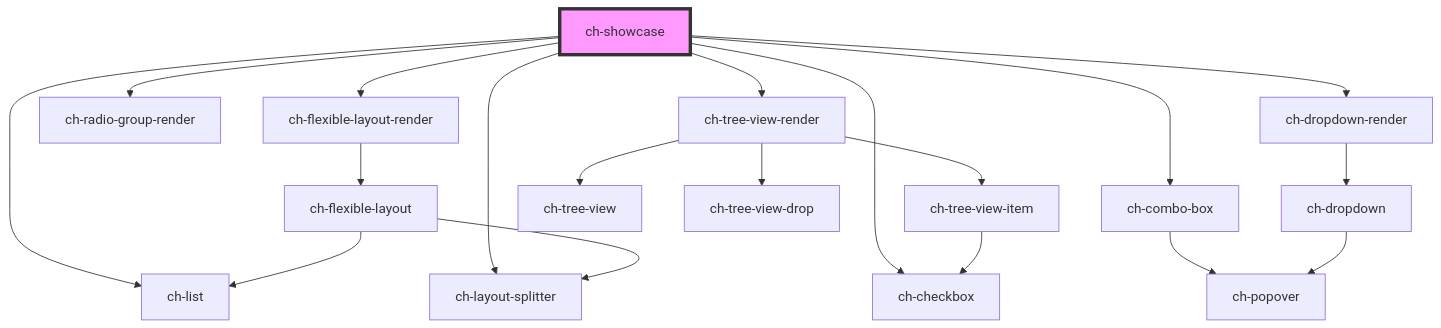
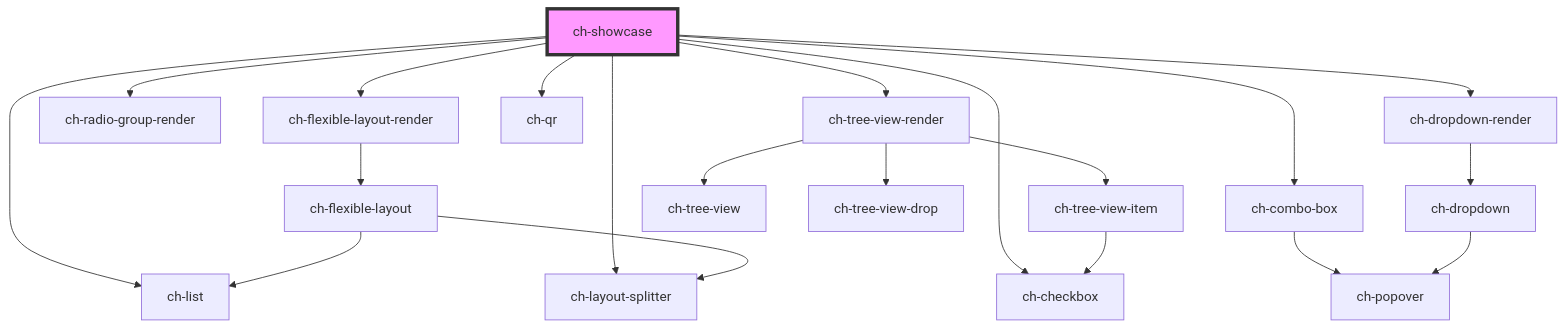
The diagram in src/showcase/assets/components/readme.md (genexuslabs/chameleon-controls-library), drawn with Mermaid before and after one commit. The commit also changed other lines of this file and 1 other file, not shown here.

Commit message:
Update readmes

````diff
--- a/src/showcase/assets/components/readme.md
+++ b/src/showcase/assets/components/readme.md
@@ -33,22 +34,23 @@
 ```mermaid
 graph TD;
   ch-showcase --> ch-flexible-layout-render
   ch-showcase --> ch-checkbox
   ch-showcase --> ch-combo-box
   ch-showcase --> ch-radio-group-render
   ch-showcase --> ch-dropdown-render
   ch-showcase --> ch-layout-splitter
+  ch-showcase --> ch-qr
   ch-showcase --> ch-list
   ch-showcase --> ch-tree-view-render
   ch-flexible-layout-render --> ch-flexible-layout
   ch-flexible-layout --> ch-list
   ch-flexible-layout --> ch-layout-splitter
   ch-combo-box --> ch-popover
   ch-dropdown-render --> ch-dropdown
   ch-dropdown --> ch-popover
   ch-tree-view-render --> ch-tree-view
   ch-tree-view-render --> ch-tree-view-drop
   ch-tree-view-render --> ch-tree-view-item
   ch-tree-view-item --> ch-checkbox
   style ch-showcase fill:#f9f,stroke:#333,stroke-width:4px
 ```
````
